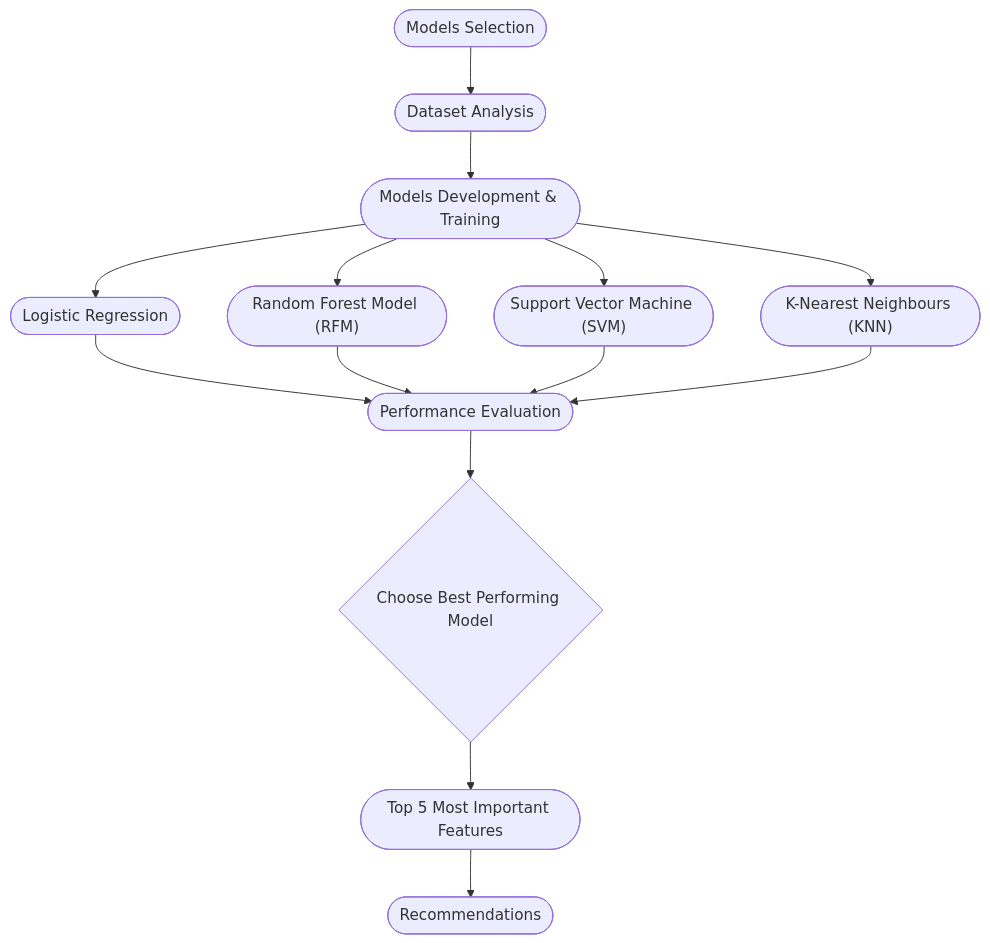
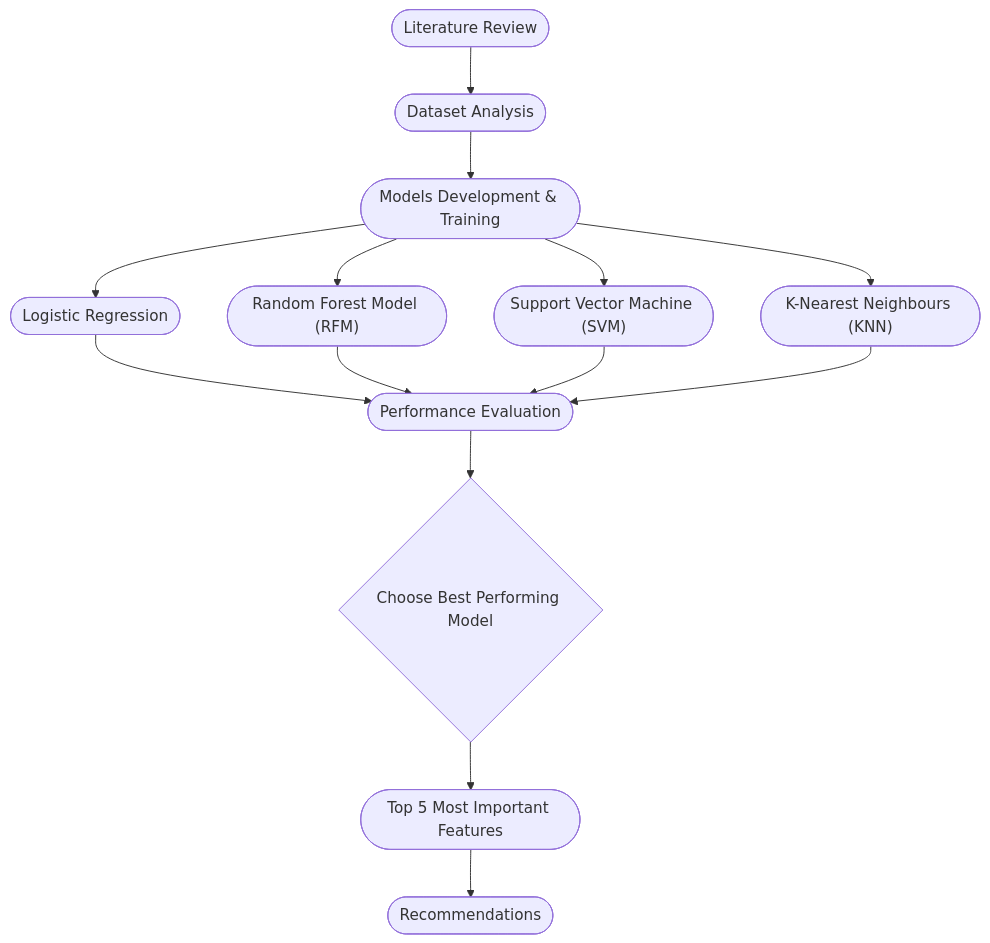
Before and after one commit to omaralfaqih6/breast_cancer_wisconsin: the diagram in README.md, drawn with Mermaid. The commit also changed other lines of this file, not shown here.

Commit message:
Updated section heading from model selection to literature review

````diff
--- a/README.md
+++ b/README.md
@@ -50,24 +50,24 @@
 ```mermaid
 graph TD;
-    A(["Models Selection"]);
+    A(["Literature Review"]);
     B(["Dataset Analysis"]);
     C(["Models Development & Training"]);
     D(["Logistic Regression"]);
     E(["Random Forest Model (RFM)"]);
     F(["Support Vector Machine (SVM)"]);
     G(["K-Nearest Neighbours (KNN)"]);
     H(["Performance Evaluation"]);
     A-->B;
     B-->C;
     C-->D;
     C-->E;
     C-->F;
     C-->G;
     D-->H;    
     E-->H;
     F-->H;
     G-->H;
     H-->I{"Choose Best Performing Model"};
     I-->J(["Top 5 Most Important Features"]);
     J-->K(["Recommendations"]);
 ```
````
